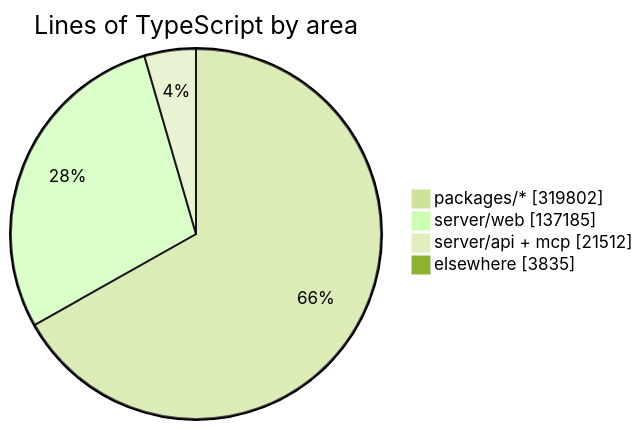
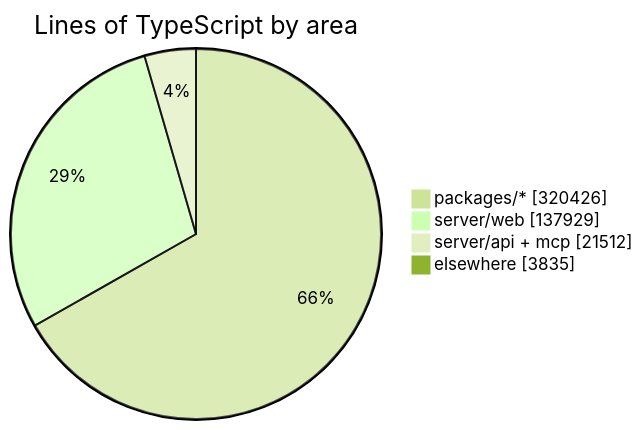
Before and after one commit to crossworks-engineering/mantle: the diagram in README.md, drawn with Mermaid (forest theme). The commit also changed other lines of this file and 2 other files, not shown here.

````diff
--- a/README.md
+++ b/README.md
@@ -294,7 +294,7 @@
 ```mermaid
 pie showData title Lines of TypeScript by area
-    "packages/*" : 319802
-    "server/web" : 137185
+    "packages/*" : 320426
+    "server/web" : 137929
     "server/api + mcp" : 21512
     "elsewhere" : 3835
 ```
````
